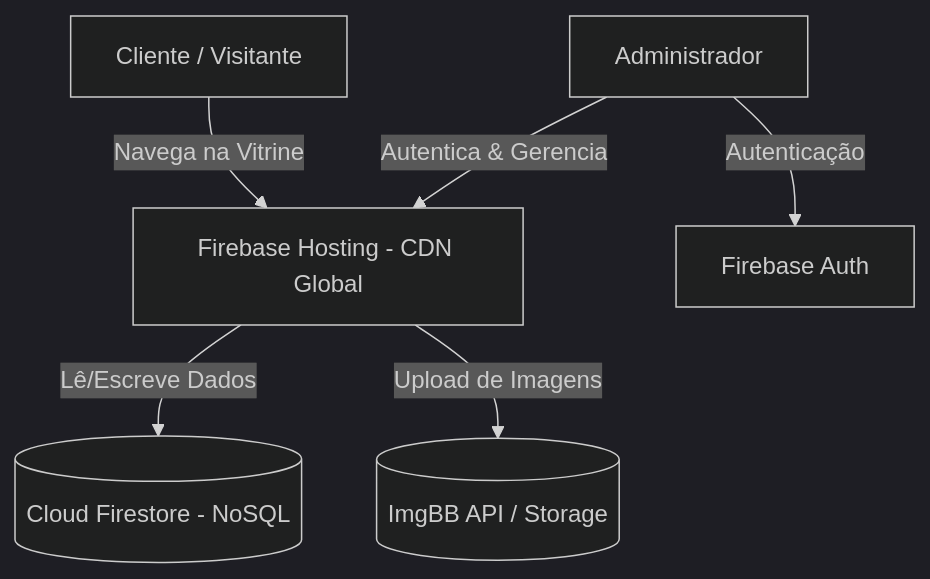
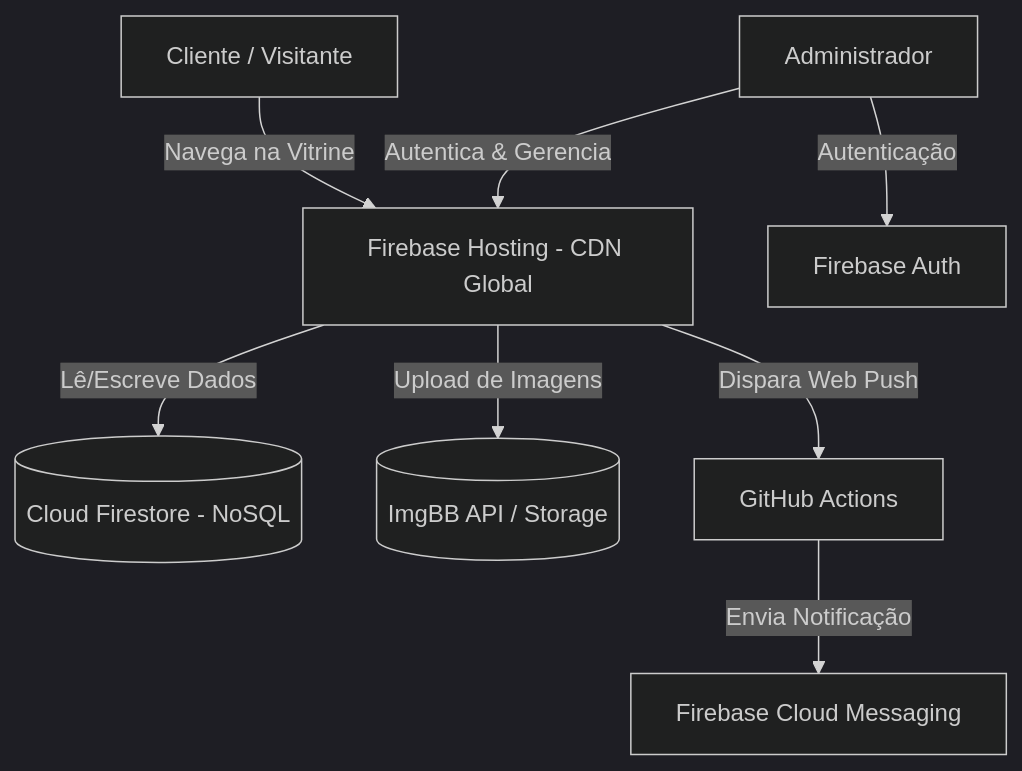
One commit to aakaras/bazardoskaras changed the diagram in README.md. Above: the diagram before and after it, drawn with Mermaid (dark theme). The commit also changed other lines of this file, not shown here.

Commit message:
docs: atualizar README com novas features do admin e push notifications

````diff
--- a/README.md
+++ b/README.md
@@ -11,8 +11,10 @@
 ```mermaid
 graph TD
     User[Cliente / Visitante] -->|Navega na Vitrine| Hosting[Firebase Hosting - CDN Global]
     Admin[Administrador] -->|Autentica & Gerencia| Hosting
     Hosting -->|Lê/Escreve Dados| Firestore[(Cloud Firestore - NoSQL)]
     Hosting -->|Upload de Imagens| ImgBB[(ImgBB API / Storage)]
     Admin -->|Autenticação| Auth[Firebase Auth]
+    Hosting -->|Dispara Web Push| GithubActions[GitHub Actions]
+    GithubActions -->|Envia Notificação| FCM[Firebase Cloud Messaging]
 ```
````
